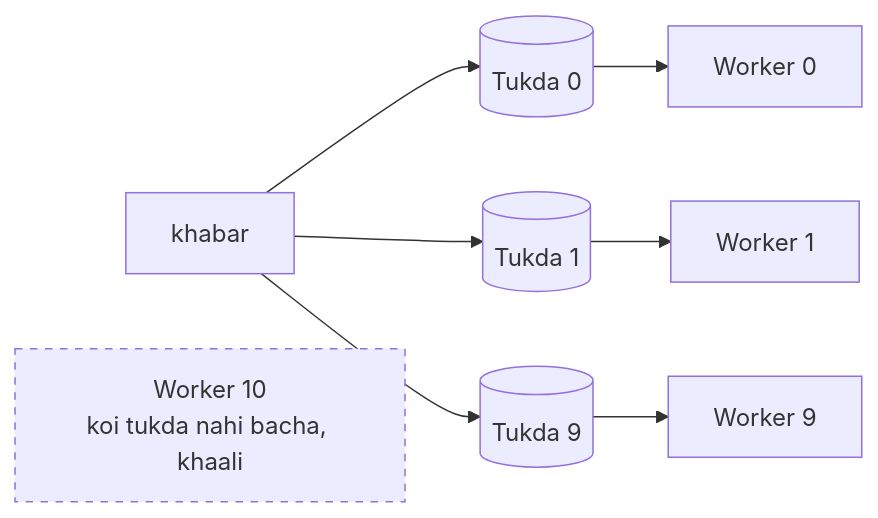
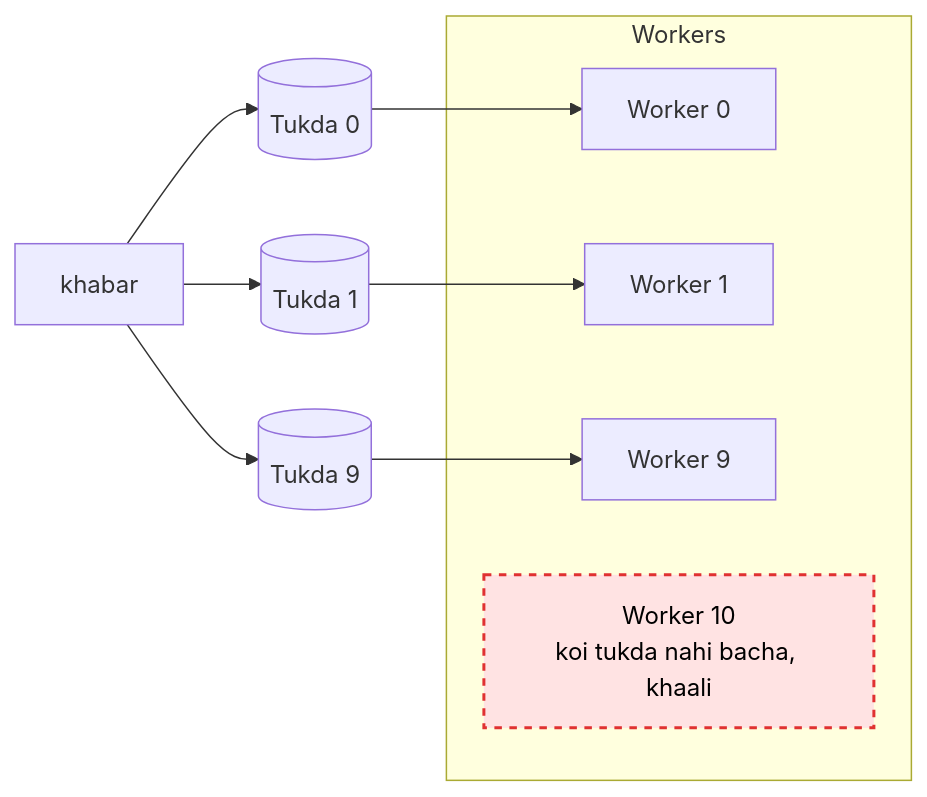
Before and after one commit to ArpanMaheshwari144/Prep: the fifth of 18 diagrams in 04_HLD/SYSTEM_DESIGNS/12_message_queue_kafka/kafka_seedha.md, drawn with Mermaid. The commit also changed 1 other file, not shown here.

Commit message:
kafka: Worker 10 diagram seedha, concepts 5 broker gira (mermaid)

````diff
--- a/04_HLD/SYSTEM_DESIGNS/12_message_queue_kafka/kafka_seedha.md
+++ b/04_HLD/SYSTEM_DESIGNS/12_message_queue_kafka/kafka_seedha.md
@@ -105,9 +105,14 @@
 ```mermaid
 flowchart LR
     K["khabar"] --> P0[("Tukda 0")] & P1[("Tukda 1")] & P9[("Tukda 9")]
-    P0 --> W0["Worker 0"]
-    P1 --> W1["Worker 1"]
-    P9 --> W9["Worker 9"]
-    W10["Worker 10<br/>koi tukda nahi bacha, khaali"]
-    style W10 stroke-dasharray: 5 5
+    subgraph WS["Workers"]
+        W0["Worker 0"]
+        W1["Worker 1"]
+        W9["Worker 9"]
+        W10["Worker 10<br/>koi tukda nahi bacha, khaali"]
+    end
+    P0 --> W0
+    P1 --> W1
+    P9 --> W9
+    style W10 fill:#ffe3e3,stroke:#e03131,stroke-width:2px,stroke-dasharray: 5 5,color:#000
 ```
````
